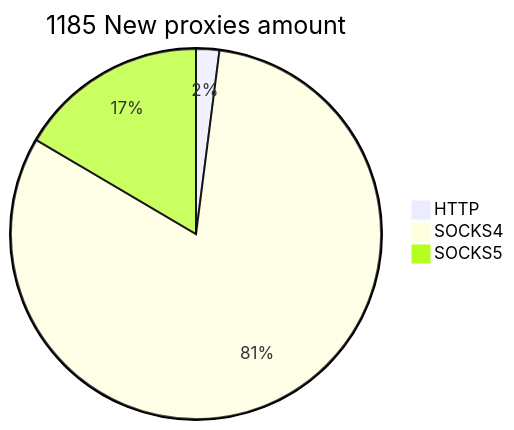
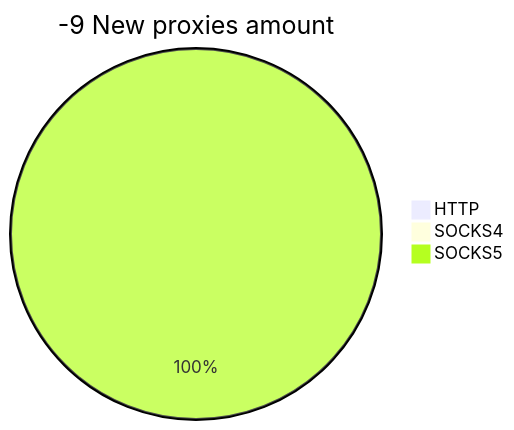
Before and after one commit to cutipu/proxylist: the second of 2 diagrams in README.md, drawn with Mermaid. The commit also changed other lines of this file, not shown here.

````diff
--- a/README.md
+++ b/README.md
@@ -10,6 +10,6 @@
 ```mermaid
-pie title 1185 New proxies amount
-    "HTTP" : 24
-    "SOCKS4" : 965
-    "SOCKS5" : 196
+pie title -9 New proxies amount
+    "HTTP" : 0
+    "SOCKS4" : 0
+    "SOCKS5" : 1
 ```
````
